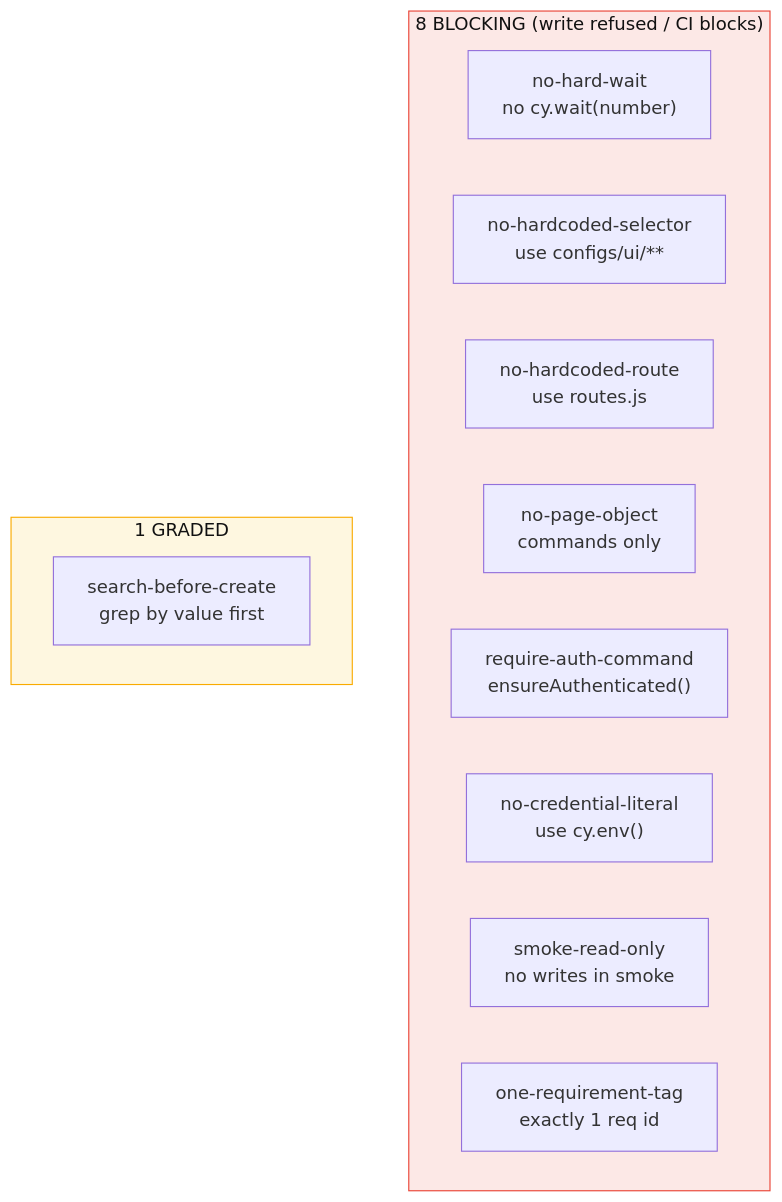
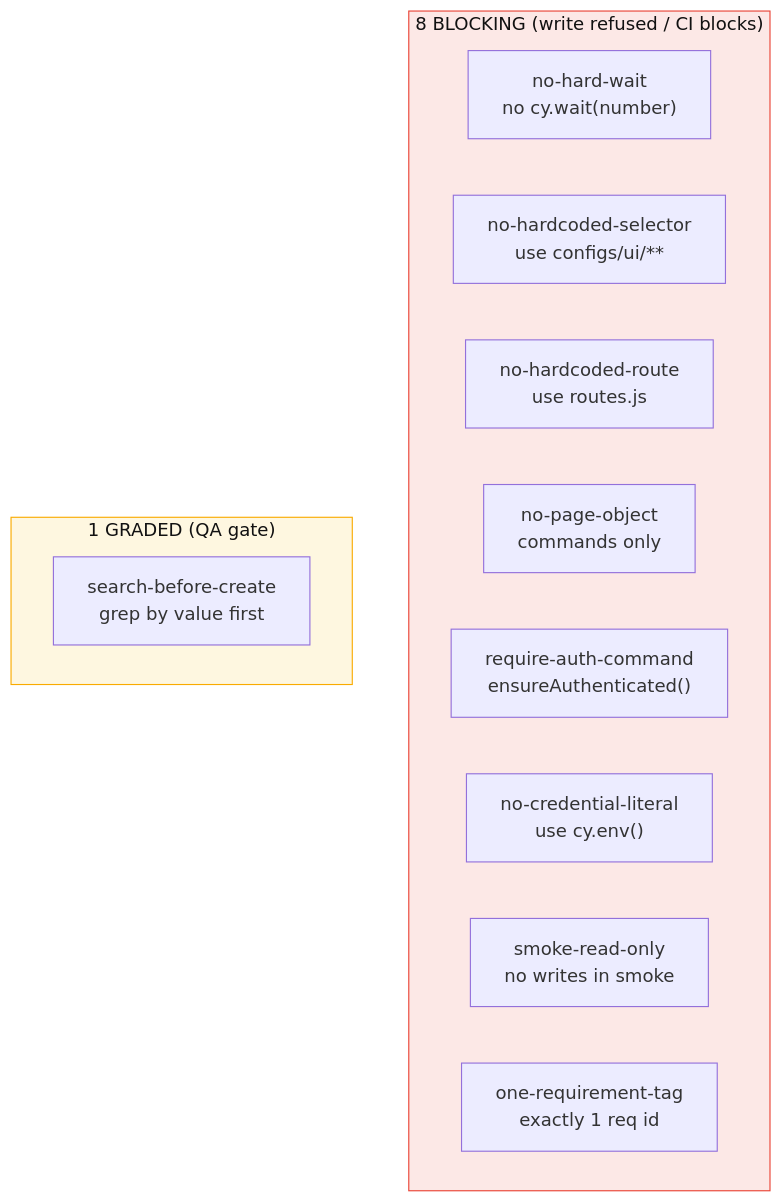
One commit to lfyagya/AI-Agentic-Test-Development changed the fifth of 11 diagrams in docs/onboarding/first-session.md. Above: the diagram before and after it, drawn with Mermaid. The commit also changed other lines of this file, not shown here.

````diff
--- a/docs/onboarding/first-session.md
+++ b/docs/onboarding/first-session.md
@@ -69,19 +103,19 @@
 ```mermaid
 flowchart TB
     subgraph BLOCK["8 BLOCKING (write refused / CI blocks)"]
         r1["no-hard-wait<br/>no cy.wait(number)"]
         r2["no-hardcoded-selector<br/>use configs/ui/**"]
         r3["no-hardcoded-route<br/>use routes.js"]
         r4["no-page-object<br/>commands only"]
         r5["require-auth-command<br/>ensureAuthenticated()"]
         r6["no-credential-literal<br/>use cy.env()"]
         r7["smoke-read-only<br/>no writes in smoke"]
         r8["one-requirement-tag<br/>exactly 1 req id"]
     end
-    subgraph GRADED["1 GRADED"]
+    subgraph GRADED["1 GRADED (QA gate)"]
         r9["search-before-create<br/>grep by value first"]
     end
 
     style BLOCK fill:#fce8e6,stroke:#ea4335,color:#111
     style GRADED fill:#fef7e0,stroke:#f9ab00,color:#111
 ```
````
